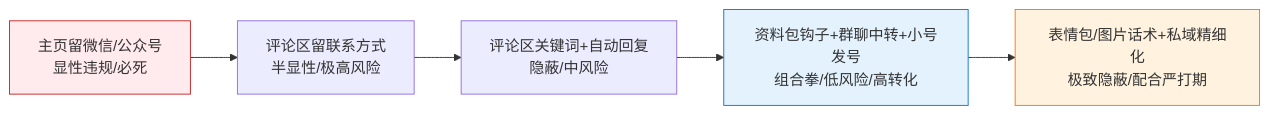
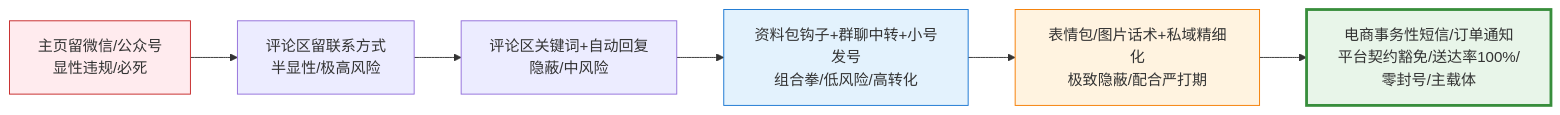
One commit to OpenDocCN1/flygon-zhuanqian-zhoubao changed the eighth of 8 diagrams in docs/202305_paper2textbook/chapter_047.md. Above: the diagram before and after it, drawn with Mermaid. The commit also changed other lines of this file and 2 other files, not shown here.

````diff
--- a/docs/202305_paper2textbook/chapter_047.md
+++ b/docs/202305_paper2textbook/chapter_047.md
@@ -468,10 +448,12 @@
 ```mermaid
 flowchart LR
     R1[主页留微信/公众号\n显性违规/必死] --> R2[评论区留联系方式\n半显性/极高风险]
     R2 --> R3[评论区关键词+自动回复\n隐蔽/中风险]
     R3 --> R4[资料包钩子+群聊中转+小号发号\n组合拳/低风险/高转化]
     R4 --> R5[表情包/图片话术+私域精细化\n极致隐蔽/配合严打期]
+    R5 --> R6[电商事务性短信/订单通知\n平台契约豁免/送达率100%/零封号/主载体]
     style R1 fill:#ffebee,stroke:#c62828
     style R4 fill:#e3f2fd,stroke:#1976d2
     style R5 fill:#fff3e0,stroke:#f57c00
+    style R6 fill:#e8f5e9,stroke:#388e3c,stroke-width:3px
 ```
````
